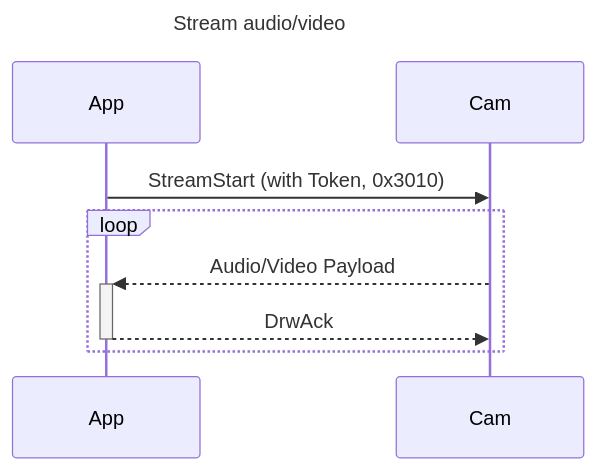
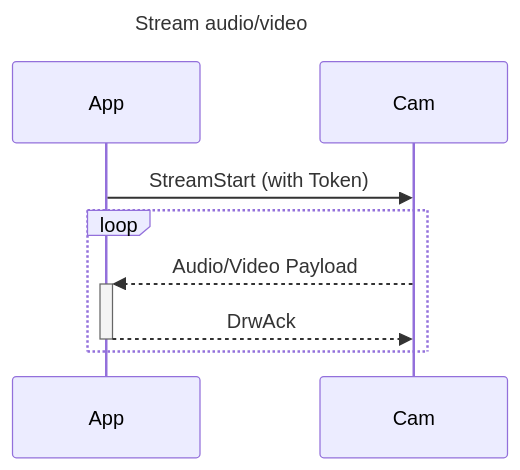
Before and after one commit to DavidVentura/cam-reverse: the second of 2 diagrams in proto_diag.md, drawn with Mermaid. The commit also changed 6 other files, not shown here.

````diff
--- a/proto_diag.md
+++ b/proto_diag.md
@@ -21,13 +21,13 @@
 ```mermaid
 ---
 title: Stream audio/video
 ---
 
 sequenceDiagram
-    App->>Cam: StreamStart (with Token, 0x3010)
+    App->>Cam: StreamStart (with Token)
    
    loop
         Cam-->>+App: Audio/Video Payload
         App-->>-Cam: DrwAck
     end
 ```
````
